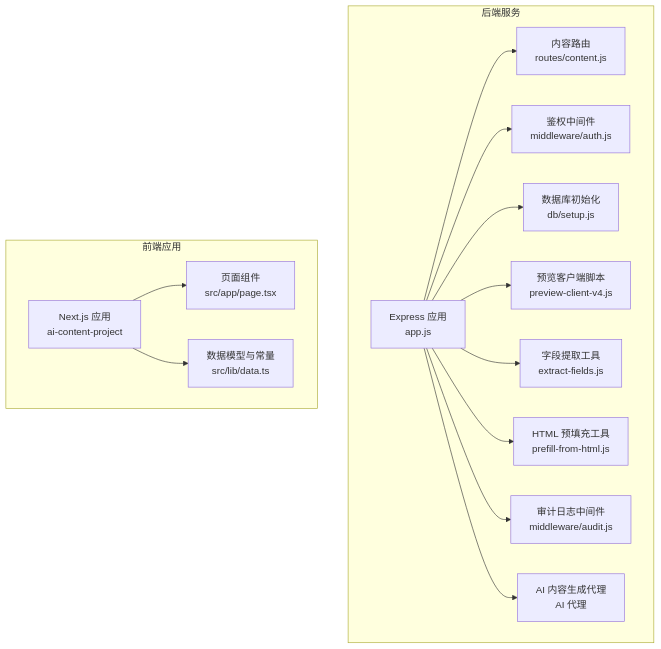
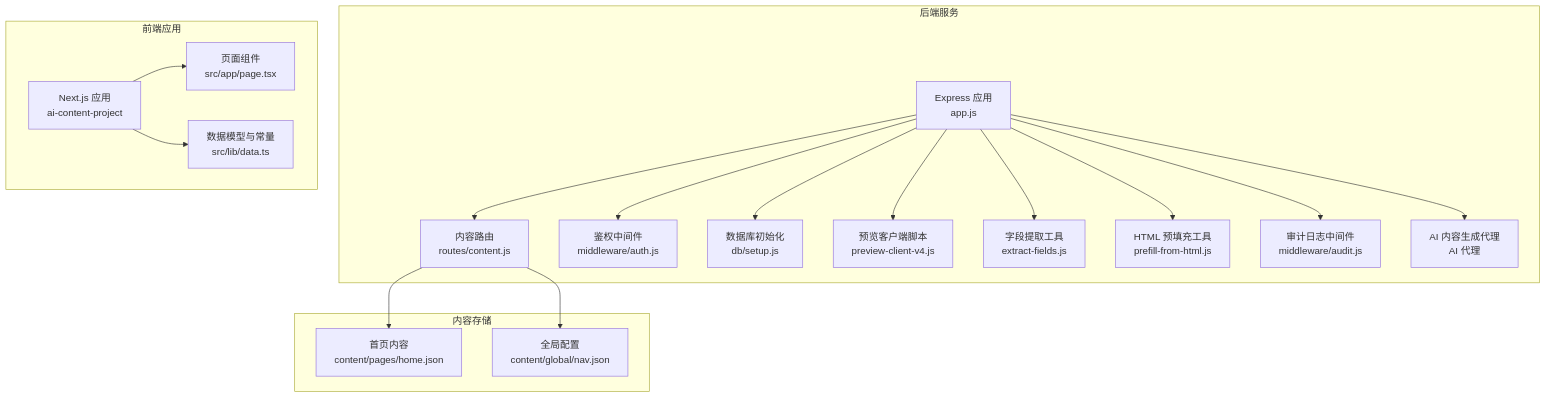
Before and after one commit to hx631580609-web/zsts-cms: the first of 5 diagrams in .qoder/repowiki/zh/content/内容管理系统/内容管理系统.md, drawn with Mermaid. The commit also changed other lines of this file and 5 other files, not shown here.

````diff
--- a/.qoder/repowiki/zh/content/内容管理系统/内容管理系统.md
+++ b/.qoder/repowiki/zh/content/内容管理系统/内容管理系统.md
@@ -54,29 +57,35 @@
 ```mermaid
 graph TB
 subgraph "后端服务"
 A["Express 应用<br/>app.js"]
 R["内容路由<br/>routes/content.js"]
 M["鉴权中间件<br/>middleware/auth.js"]
 D["数据库初始化<br/>db/setup.js"]
 P["预览客户端脚本<br/>preview-client-v4.js"]
 E["字段提取工具<br/>extract-fields.js"]
 F["HTML 预填充工具<br/>prefill-from-html.js"]
 AU["审计日志中间件<br/>middleware/audit.js"]
 AI["AI 内容生成代理<br/>AI 代理"]
 end
 subgraph "前端应用"
 N["Next.js 应用<br/>ai-content-project"]
 U["页面组件<br/>src/app/page.tsx"]
 L["数据模型与常量<br/>src/lib/data.ts"]
 end
+subgraph "内容存储"
+H["首页内容<br/>content/pages/home.json"]
+G["全局配置<br/>content/global/nav.json"]
+end
 A --> R
 A --> M
 A --> D
 A --> P
 A --> E
 A --> F
 A --> AU
 A --> AI
 N --> U
 N --> L
+R --> H
+R --> G
 ```
````
